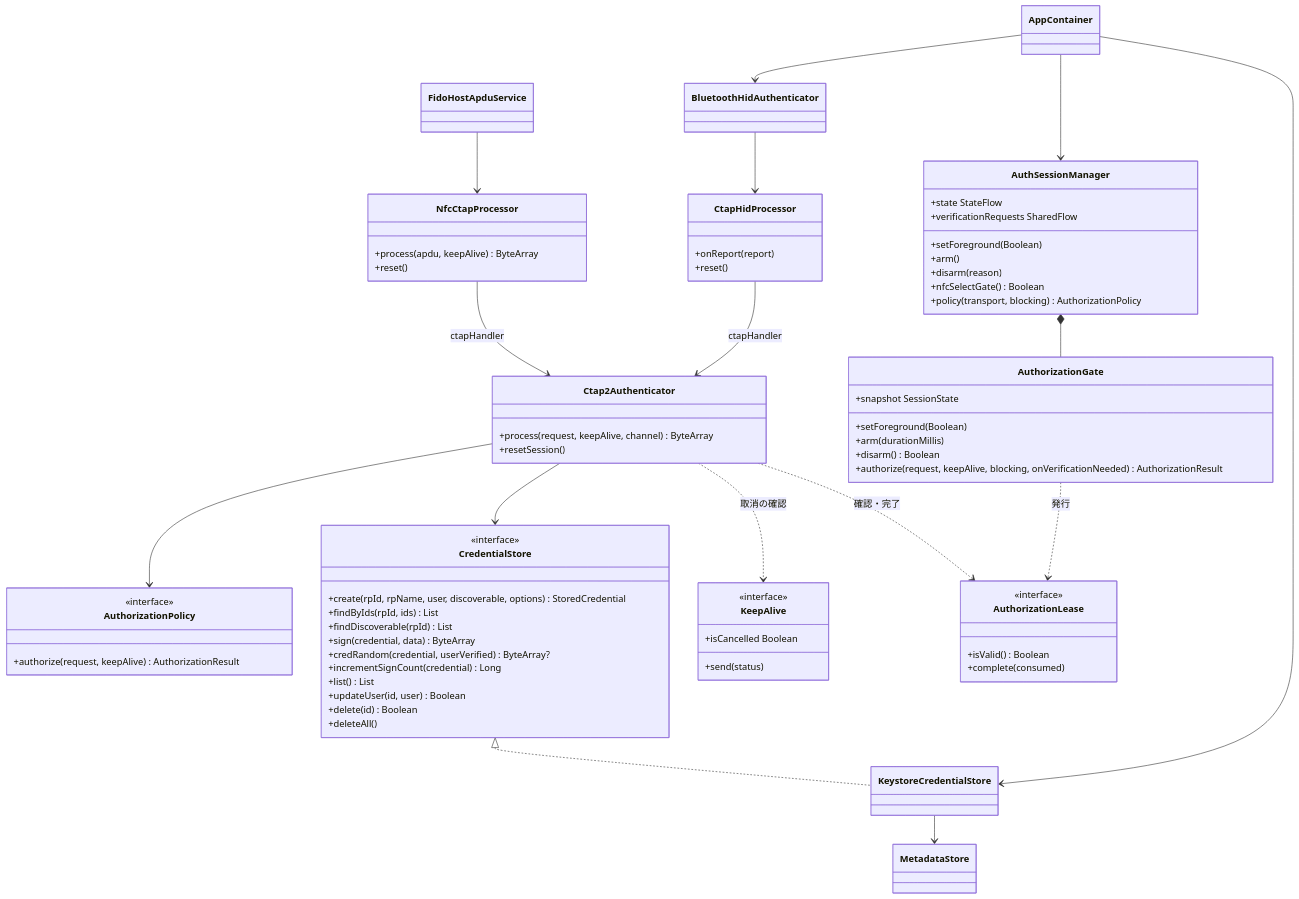
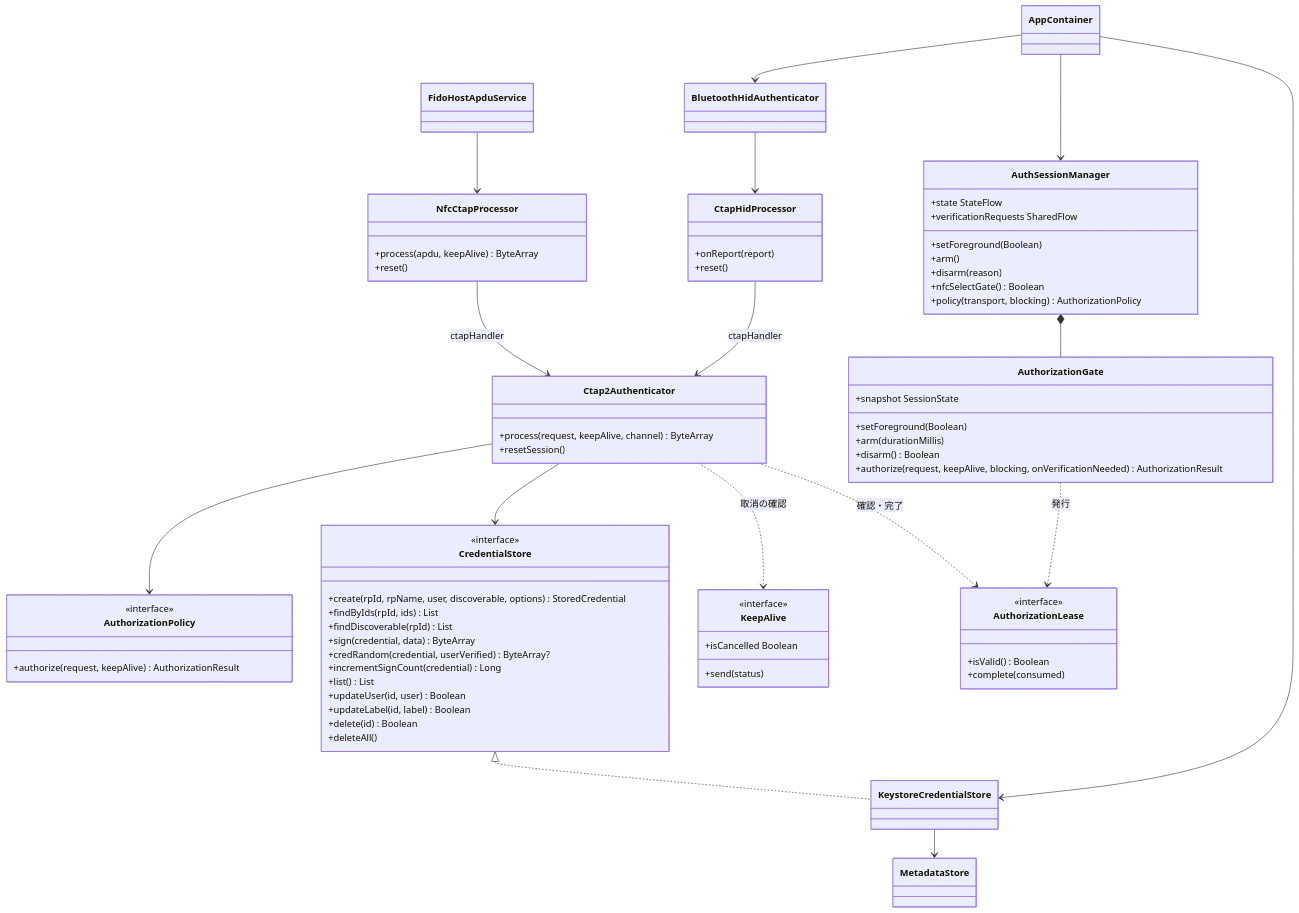
One commit to tecogonaz0439/TCAndroidKey changed the first of 2 diagrams in docs/design/detail/04_modules.md. Above: the diagram before and after it, drawn with Mermaid. The commit also changed other lines of this file and 20 other files, not shown here.

````diff
--- a/docs/design/detail/04_modules.md
+++ b/docs/design/detail/04_modules.md
@@ -21,79 +22,80 @@
 ```mermaid
 classDiagram
     class Ctap2Authenticator {
         +process(request, keepAlive, channel) ByteArray
         +resetSession()
     }
     class CredentialStore {
         <<interface>>
         +create(rpId, rpName, user, discoverable, options) StoredCredential
         +findByIds(rpId, ids) List
         +findDiscoverable(rpId) List
         +sign(credential, data) ByteArray
         +credRandom(credential, userVerified) ByteArray?
         +incrementSignCount(credential) Long
         +list() List
         +updateUser(id, user) Boolean
+        +updateLabel(id, label) Boolean
         +delete(id) Boolean
         +deleteAll()
     }
     class AuthorizationPolicy {
         <<interface>>
         +authorize(request, keepAlive) AuthorizationResult
     }
     class AuthorizationLease {
         <<interface>>
         +isValid() Boolean
         +complete(consumed)
     }
     class KeepAlive {
         <<interface>>
         +send(status)
         +isCancelled Boolean
     }
     class AuthorizationGate {
         +snapshot SessionState
         +setForeground(Boolean)
         +arm(durationMillis)
         +disarm() Boolean
         +authorize(request, keepAlive, blocking, onVerificationNeeded) AuthorizationResult
     }
     class NfcCtapProcessor {
         +process(apdu, keepAlive) ByteArray
         +reset()
     }
     class CtapHidProcessor {
         +onReport(report)
         +reset()
     }
     class KeystoreCredentialStore
     class MetadataStore
     class AuthSessionManager {
         +state StateFlow
         +verificationRequests SharedFlow
         +setForeground(Boolean)
         +arm()
         +disarm(reason)
         +nfcSelectGate() Boolean
         +policy(transport, blocking) AuthorizationPolicy
     }
     class FidoHostApduService
     class BluetoothHidAuthenticator
     class AppContainer
 
     CredentialStore <|.. KeystoreCredentialStore
     AuthSessionManager *-- AuthorizationGate
     AuthorizationGate ..> AuthorizationLease : 発行
     Ctap2Authenticator ..> AuthorizationLease : 確認・完了
     Ctap2Authenticator ..> KeepAlive : 取消の確認
     KeystoreCredentialStore --> MetadataStore
     Ctap2Authenticator --> CredentialStore
     Ctap2Authenticator --> AuthorizationPolicy
     NfcCtapProcessor --> Ctap2Authenticator : ctapHandler
     CtapHidProcessor --> Ctap2Authenticator : ctapHandler
     FidoHostApduService --> NfcCtapProcessor
     BluetoothHidAuthenticator --> CtapHidProcessor
     AppContainer --> KeystoreCredentialStore
     AppContainer --> AuthSessionManager
     AppContainer --> BluetoothHidAuthenticator
 ```
````
